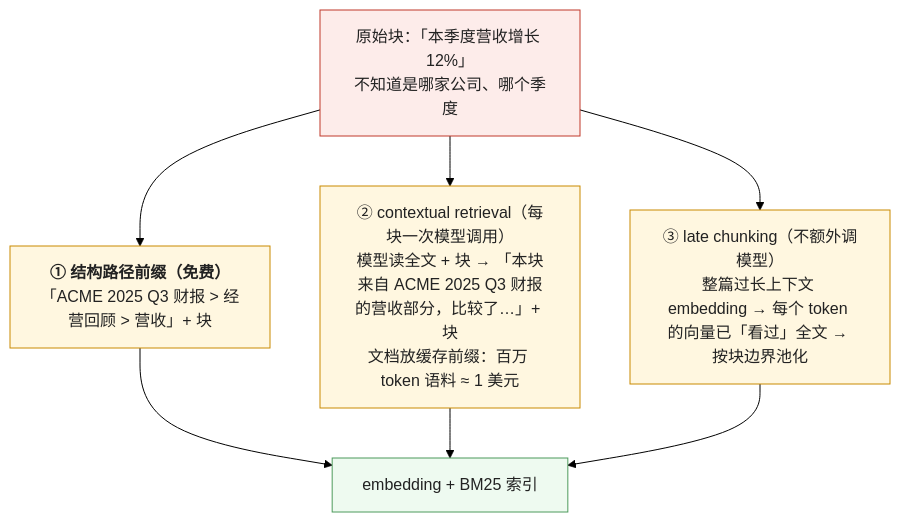
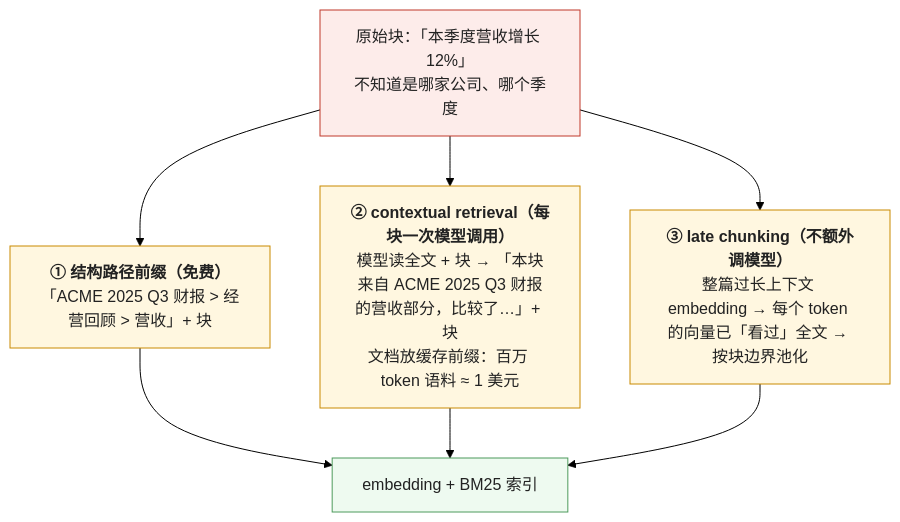
The sixth of 8 diagrams in _posts/2026-10-15-document-parsing-and-chunking-for-retrieval.md (arganzheng/arganzheng.github.com), drawn with Mermaid (forest theme) before and after one commit. The commit also changed other lines of this file and 9 other files, not shown here.

````diff
--- a/_posts/2026-10-15-document-parsing-and-chunking-for-retrieval.md
+++ b/_posts/2026-10-15-document-parsing-and-chunking-for-retrieval.md
@@ -205,16 +227,16 @@
 ```mermaid
 %% 图：三种给块加上下文的做法——结构路径前缀（零模型调用，拼上「第三章 > 3.2 > 3.2.1」）、contextual retrieval（每块一次模型调用生成 50–100 token 的位置说明，文档放缓存前缀只付读价）、late chunking（整篇先过长上下文 embedding 再按块池化，不额外调模型）；Anthropic 的数字：contextual 让 top-20 失败率降 49%，加 rerank 降 67%
 flowchart TB
     RAW["原始块：「本季度营收增长 12%」<br/>不知道是哪家公司、哪个季度"]
     RAW --> A["<b>① 结构路径前缀（免费）</b><br/>「ACME 2025 Q3 财报 > 经营回顾 > 营收」+ 块"]
-    RAW --> B["② contextual retrieval（每块一次模型调用）<br/>模型读全文 + 块 → 「本块来自 ACME 2025 Q3 财报的营收部分，比较了…」+ 块<br/>文档放缓存前缀：百万 token 语料 ≈ 1 美元"]
-    RAW --> C["③ late chunking（不额外调模型）<br/>整篇过长上下文 embedding → 每个 token 的向量已「看过」全文 → 按块边界池化"]
+    RAW --> B["<b>② contextual retrieval（每块一次模型调用）</b><br/>模型读全文 + 块 → 「本块来自 ACME 2025 Q3 财报的营收部分，比较了…」+ 块<br/>文档放缓存前缀：百万 token 语料 ≈ 1 美元"]
+    RAW --> C["<b>③ late chunking（不额外调模型）</b><br/>整篇过长上下文 embedding → 每个 token 的向量已「看过」全文 → 按块边界池化"]
     A & B --> IDX["embedding + BM25 索引"]
     C --> IDX
     classDef raw fill:#fdecea,stroke:#c0392b,color:#222
     classDef m fill:#fff7e0,stroke:#c98a00,color:#222
     classDef ok fill:#eefaf0,stroke:#4d9a5c,color:#222
     class RAW raw
     class A,B,C m
     class IDX ok
 ```
````
